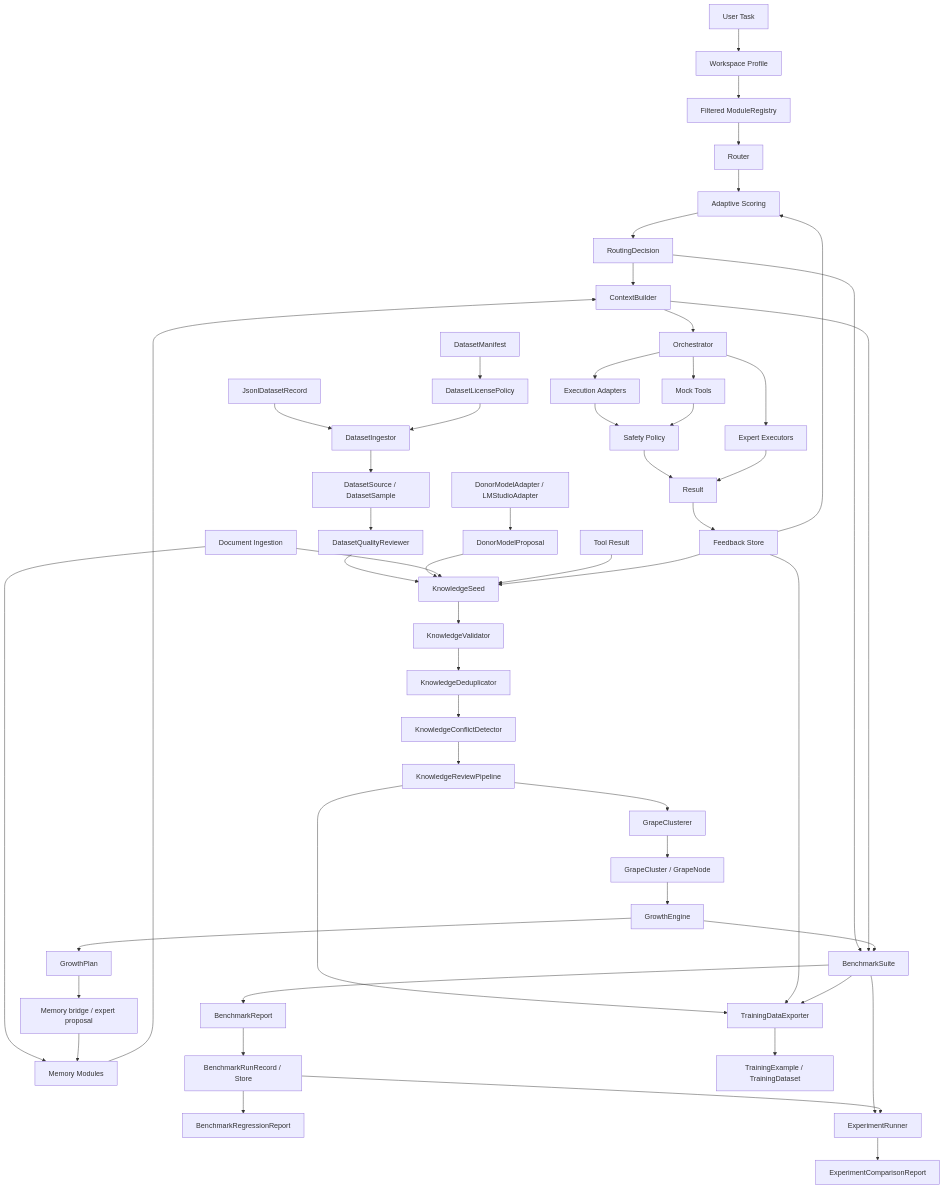
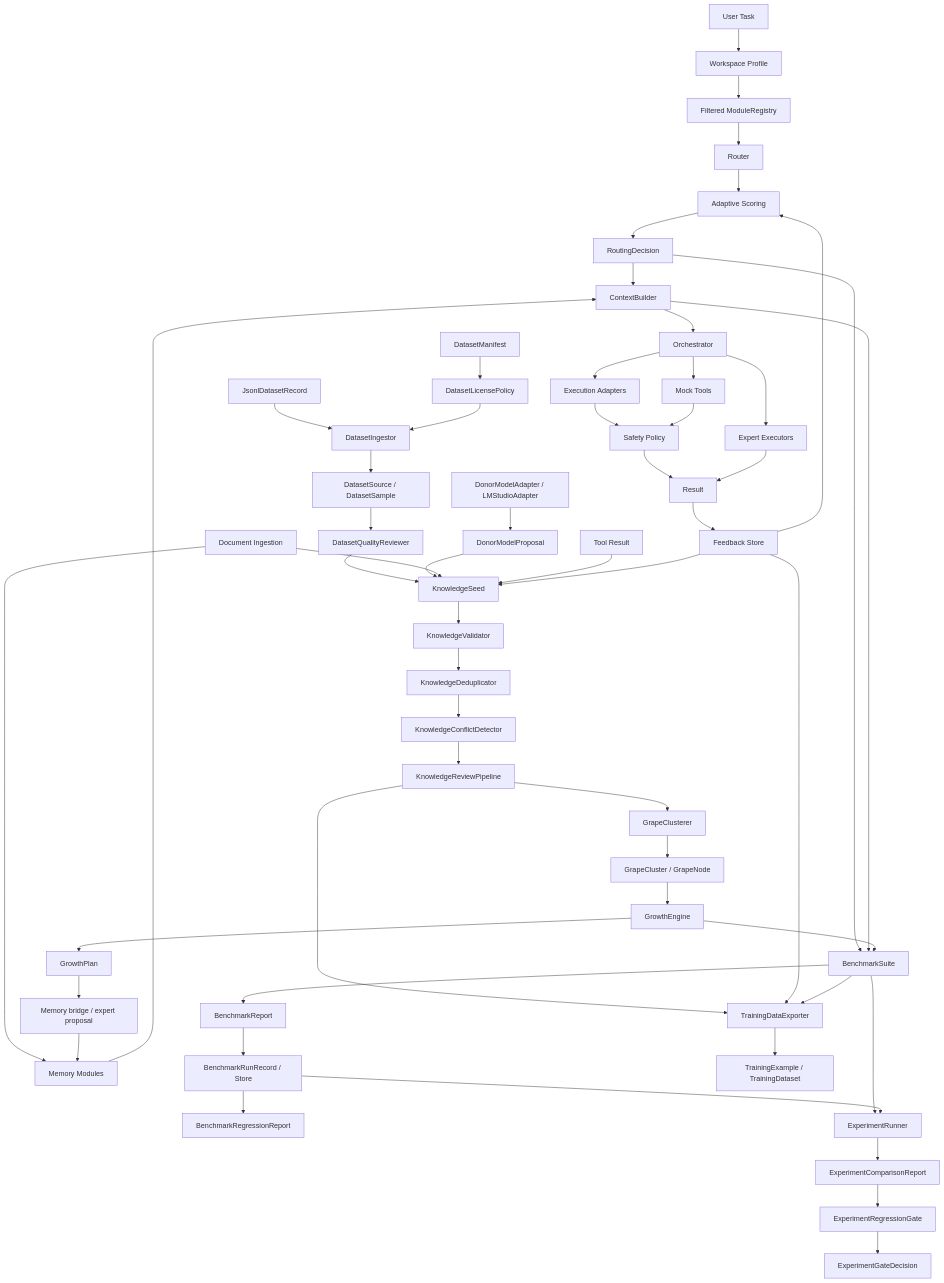
One commit to Robotyaga/Grona changed the diagram in docs/architecture.md. Above: the diagram before and after it, drawn with Mermaid. The commit also changed other lines of this file and 12 other files, not shown here.

First line of the commit message:
Add experiment regression gate foundation

````diff
--- a/docs/architecture.md
+++ b/docs/architecture.md
@@ -21,55 +21,57 @@
 ```mermaid
 flowchart TD
     A[User Task] --> B[Workspace Profile]
     B --> C[Filtered ModuleRegistry]
     C --> D[Router]
     F[Feedback Store] --> E[Adaptive Scoring]
     D --> E
     E --> G[RoutingDecision]
     H[Memory Modules] --> I[ContextBuilder]
     J[Document Ingestion] --> H
     MF[DatasetManifest] --> LP[DatasetLicensePolicy]
     JL[JsonlDatasetRecord] --> DI[DatasetIngestor]
     LP --> DI
     DI --> DS[DatasetSource / DatasetSample]
     DS --> DR[DatasetQualityReviewer]
     DR --> Q[KnowledgeSeed]
     DM[DonorModelAdapter / LMStudioAdapter] --> DP[DonorModelProposal]
     DP --> Q
     J --> Q
     R[Tool Result] --> Q
     F --> Q
     Q --> S[KnowledgeValidator]
     S --> U[KnowledgeDeduplicator]
     U --> V[KnowledgeConflictDetector]
     V --> W[KnowledgeReviewPipeline]
     W --> X[GrapeClusterer]
     X --> Y[GrapeCluster / GrapeNode]
     Y --> Z[GrowthEngine]
     Z --> AA[GrowthPlan]
     AA --> AB[Memory bridge / expert proposal]
     AB --> H
     G --> I
     I --> K[Orchestrator]
     K --> L[Expert Executors]
     K --> M[Execution Adapters]
     K --> N[Mock Tools]
     M --> O[Safety Policy]
     N --> O
     O --> P[Result]
     L --> P
     P --> F
     G --> BS[BenchmarkSuite]
     I --> BS
     Z --> BS
     BS --> BR[BenchmarkReport]
     BR --> BRS[BenchmarkRunRecord / Store]
     BRS --> REG[BenchmarkRegressionReport]
     BS --> ER[ExperimentRunner]
     BRS --> ER
     ER --> EC[ExperimentComparisonReport]
+    EC --> EG[ExperimentRegressionGate]
+    EG --> ED[ExperimentGateDecision]
     W --> TD[TrainingDataExporter]
     F --> TD
     BS --> TD
     TD --> TE[TrainingExample / TrainingDataset]
 ```
````
